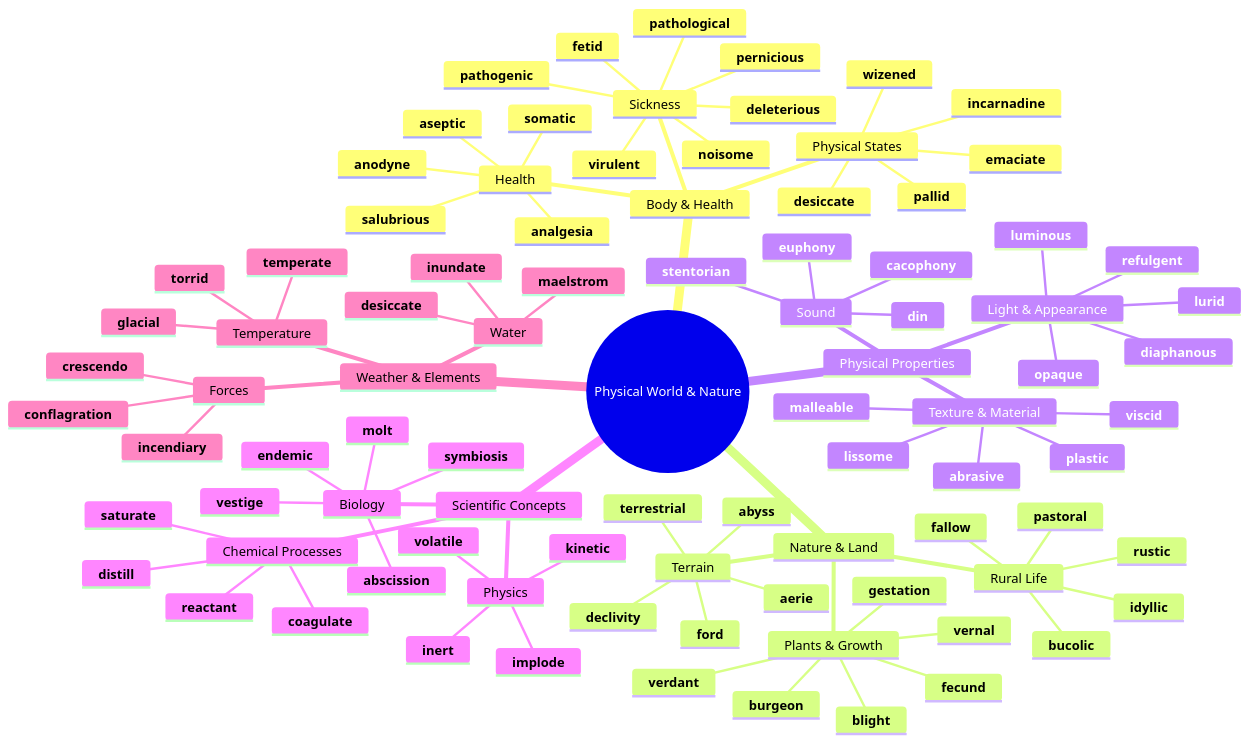
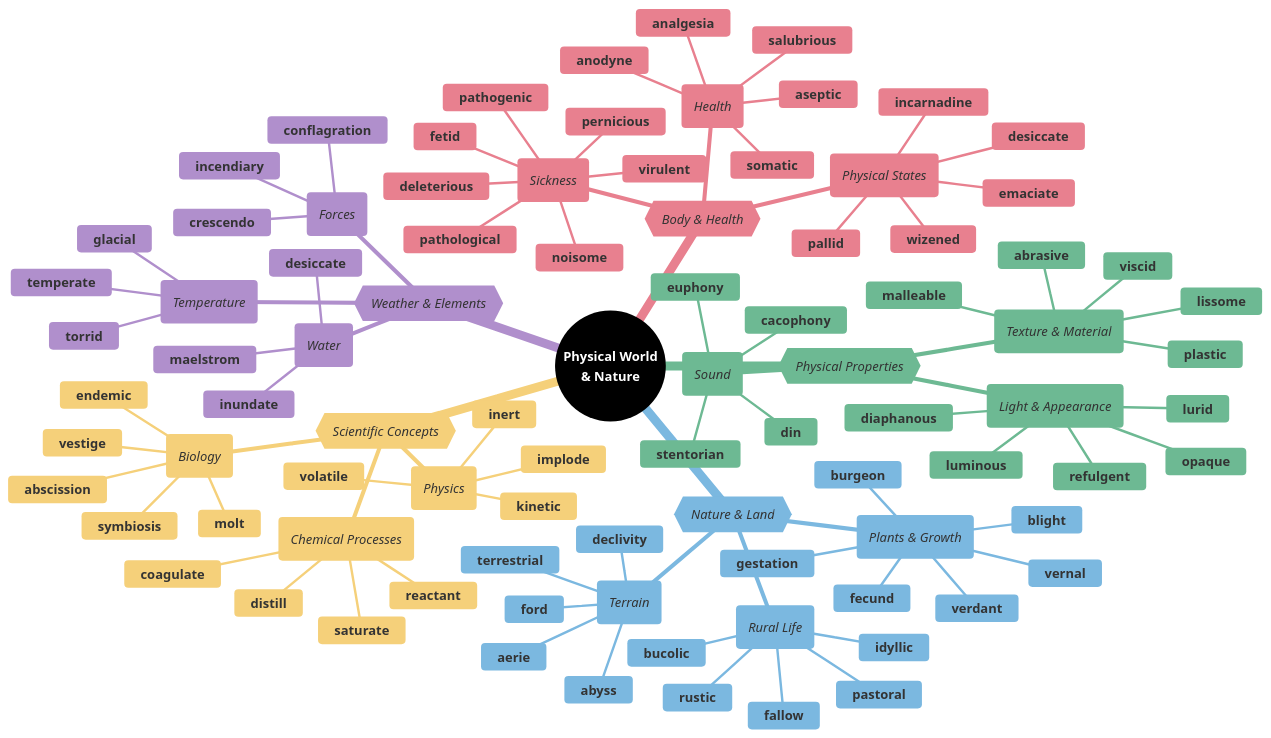
One commit to 95anantsingh/gre-preparation changed the first of 7 diagrams in mindmaps/16-physical-world-and-nature.md. Above: the diagram before and after it, drawn with Mermaid. The commit also changed other lines of this file and 14 other files, not shown here.

````diff
--- a/mindmaps/16-physical-world-and-nature.md
+++ b/mindmaps/16-physical-world-and-nature.md
@@ -5,8 +5,27 @@
 ```mermaid
+%%{
+  init: {
+    "theme": "base",
+    "themeVariables": {
+      "primaryColor": "#000000",
+      "cScale1": "#e8808f",  "cScaleInv1": "#a33445",
+      "cScale2": "#7bb8e0",  "cScaleInv2": "#266a93",
+      "cScale3": "#6db993",  "cScaleInv3": "#23543f",
+      "cScale4": "#f5d07a",  "cScaleInv4": "#c4903b",
+      "cScale5": "#b08fcc",  "cScaleInv5": "#5d3b75",
+      "cScale6": "#74dace",  "cScaleInv6": "#217d72",
+      "cScale7": "#f09570",  "cScaleInv7": "#b84112",
+      "cScale8": "#8ea8c2",  "cScaleInv8": "#32465e",
+      "cScale9": "#cc7fba",  "cScaleInv9": "#7d2868",
+      "cScale10": "#c99a78", "cScaleInv10": "#7c4e32",
+      "cScale11": "#a3a3a3", "cScaleInv11": "#3d3d3d"
+    }
+  }
+}%%
 mindmap
-  root((Physical World & Nature))
-    Body & Health
-      Sickness
+  root((<font color=white>**Physical World </br>& Nature**</font>))
+    {{_Body & Health_}}
+      (_Sickness_)
         **pathogenic**
         **pathological**
         **virulent**
@@ -14,83 +33,83 @@
         **deleterious**
         **noisome**
         **fetid**
-      Health
+      (_Health_)
         **salubrious**
         **analgesia**
         **anodyne**
         **somatic**
         **aseptic**
-      Physical States
+      (_Physical States_)
         **emaciate**
         **desiccate**
         **wizened**
         **pallid**
         **incarnadine**
-    Nature & Land
-      Rural Life
+    {{_Nature & Land_}}
+      (_Rural Life_)
         **bucolic**
         **rustic**
         **idyllic**
         **pastoral**
         **fallow**
-      Plants & Growth
+      (_Plants & Growth_)
         **burgeon**
         **blight**
         **fecund**
         **verdant**
         **vernal**
         **gestation**
-      Terrain
+      (_Terrain_)
         **abyss**
         **declivity**
         **ford**
         **aerie**
         **terrestrial**
-    Physical Properties
-      Light & Appearance
+    {{_Physical Properties_}}
+      (_Light & Appearance_)
         **diaphanous**
         **luminous**
         **refulgent**
         **opaque**
         **lurid**
-      Sound
+      (_Sound_)
         **cacophony**
         **euphony**
         **stentorian**
         **din**
-      Texture & Material
+      (_Texture & Material_)
         **abrasive**
         **viscid**
         **malleable**
         **plastic**
         **lissome**
-    Scientific Concepts
-      Chemical Processes
+    {{_Scientific Concepts_}}
+      (_Chemical Processes_)
         **coagulate**
         **saturate**
         **reactant**
         **distill**
-      Physics
+      (_Physics_)
         **kinetic**
         **inert**
         **volatile**
         **implode**
-      Biology
+      (_Biology_)
         **symbiosis**
         **endemic**
         **molt**
         **vestige**
         **abscission**
-    Weather & Elements
-      Temperature
+    {{_Weather & Elements_}}
+      (_Temperature_)
         **glacial**
         **torrid**
         **temperate**
-      Water
+      (_Water_)
         **inundate**
         **maelstrom**
         **desiccate**
-      Forces
+      (_Forces_)
         **crescendo**
         **conflagration**
         **incendiary**
````
